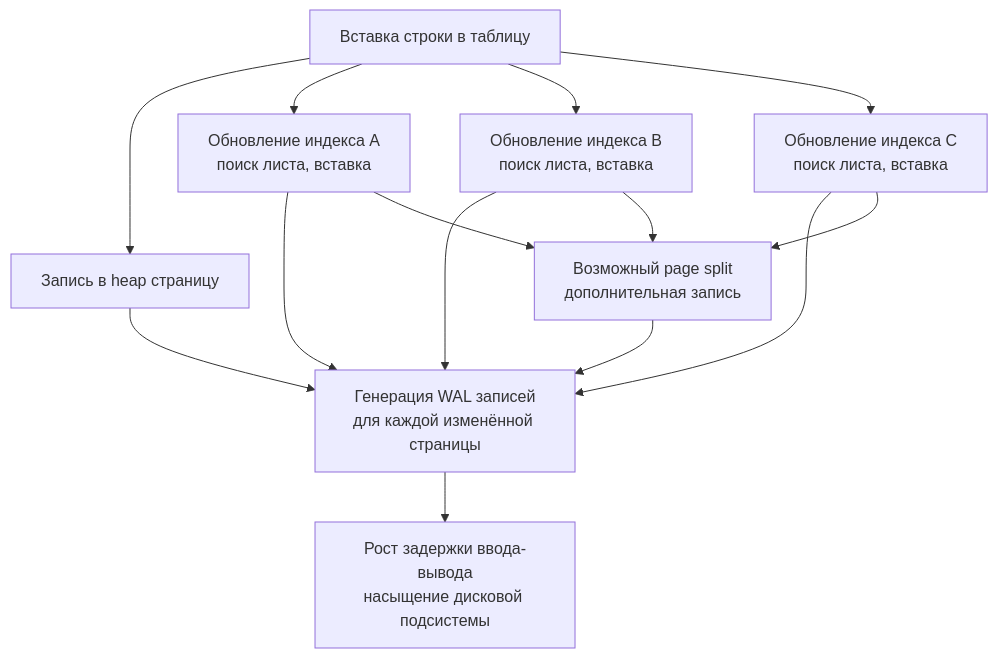
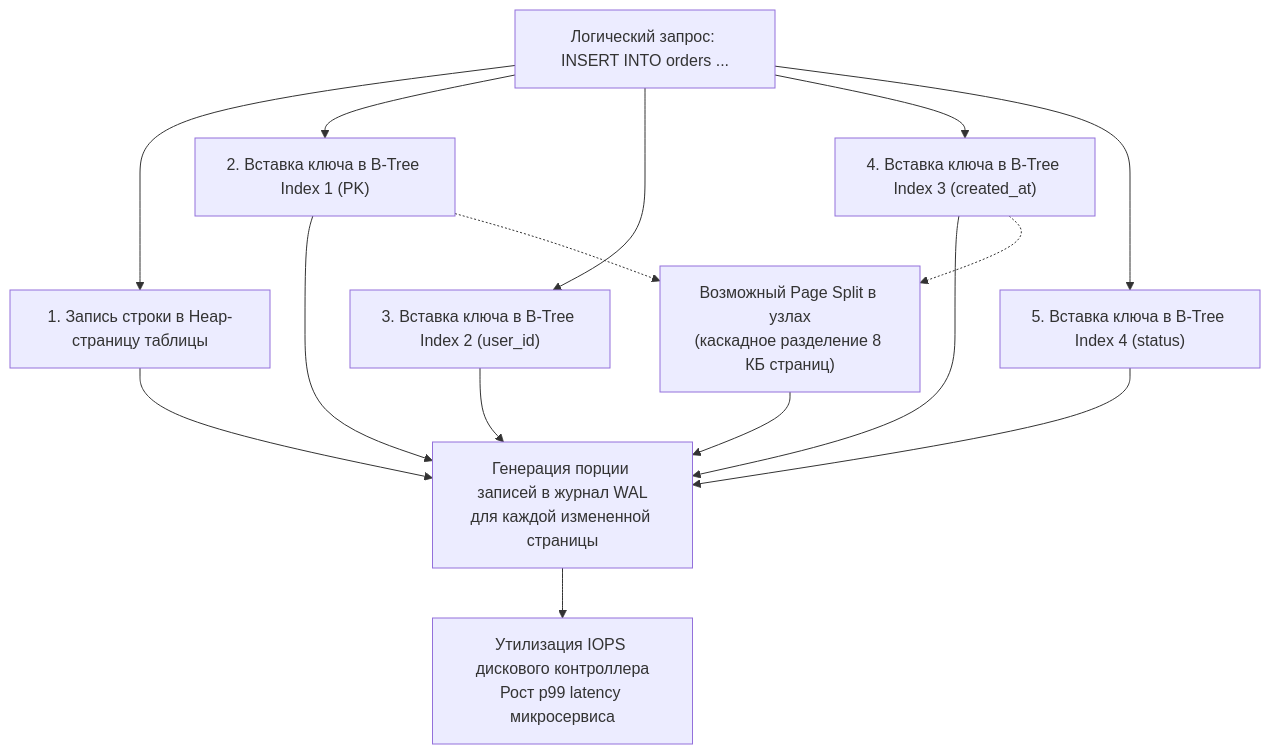
One commit to UnrealTemplier/go-textbook changed the diagram in sources/12. Базы данных/04. Индексы и производительность/9. Когда индекс вреден.md. Above: the diagram before and after it, drawn with Mermaid. The commit also changed other lines of this file, not shown here.

````diff
--- a/sources/12. Базы данных/04. Индексы и производительность/9. Когда индекс вреден.md
+++ b/sources/12. Базы данных/04. Индексы и производительность/9. Когда индекс вреден.md
@@ -76,25 +26,27 @@
 ```mermaid
 flowchart TD
-    Insert["Вставка строки в таблицу"]
-    HeapWrite["Запись в heap страницу"]
-    Idx1["Обновление индекса A<br>поиск листа, вставка"]
-    Idx2["Обновление индекса B<br>поиск листа, вставка"]
-    Idx3["Обновление индекса C<br>поиск листа, вставка"]
-    WALGen["Генерация WAL записей<br>для каждой изменённой страницы"]
-    Split["Возможный page split<br>дополнительная запись"]
-    IOWait["Рост задержки ввода-вывода<br>насыщение дисковой подсистемы"]
+    Insert["Логический запрос: INSERT INTO orders ..."]
+    HeapWrite["1. Запись строки в Heap-страницу таблицы"]
+    Idx1["2. Вставка ключа в B-Tree Index 1 (PK)"]
+    Idx2["3. Вставка ключа в B-Tree Index 2 (user_id)"]
+    Idx3["4. Вставка ключа в B-Tree Index 3 (created_at)"]
+    Idx4["5. Вставка ключа в B-Tree Index 4 (status)"]
+    WALGen["Генерация порции записей в журнал WAL<br>для каждой измененной страницы"]
+    Split["Возможный Page Split в узлах<br>(каскадное разделение 8 КБ страниц)"]
+    DiskBottleneck["Утилизация IOPS дискового контроллера<br>Рост p99 latency микросервиса"]
 
     Insert --> HeapWrite
     Insert --> Idx1
     Insert --> Idx2
     Insert --> Idx3
+    Insert --> Idx4
     HeapWrite --> WALGen
     Idx1 --> WALGen
     Idx2 --> WALGen
     Idx3 --> WALGen
-    Idx1 --> Split
-    Idx2 --> Split
-    Idx3 --> Split
+    Idx4 --> WALGen
+    Idx1 -.-> Split
+    Idx3 -.-> Split
     Split --> WALGen
-    WALGen --> IOWait
+    WALGen --> DiskBottleneck
 ```
````
